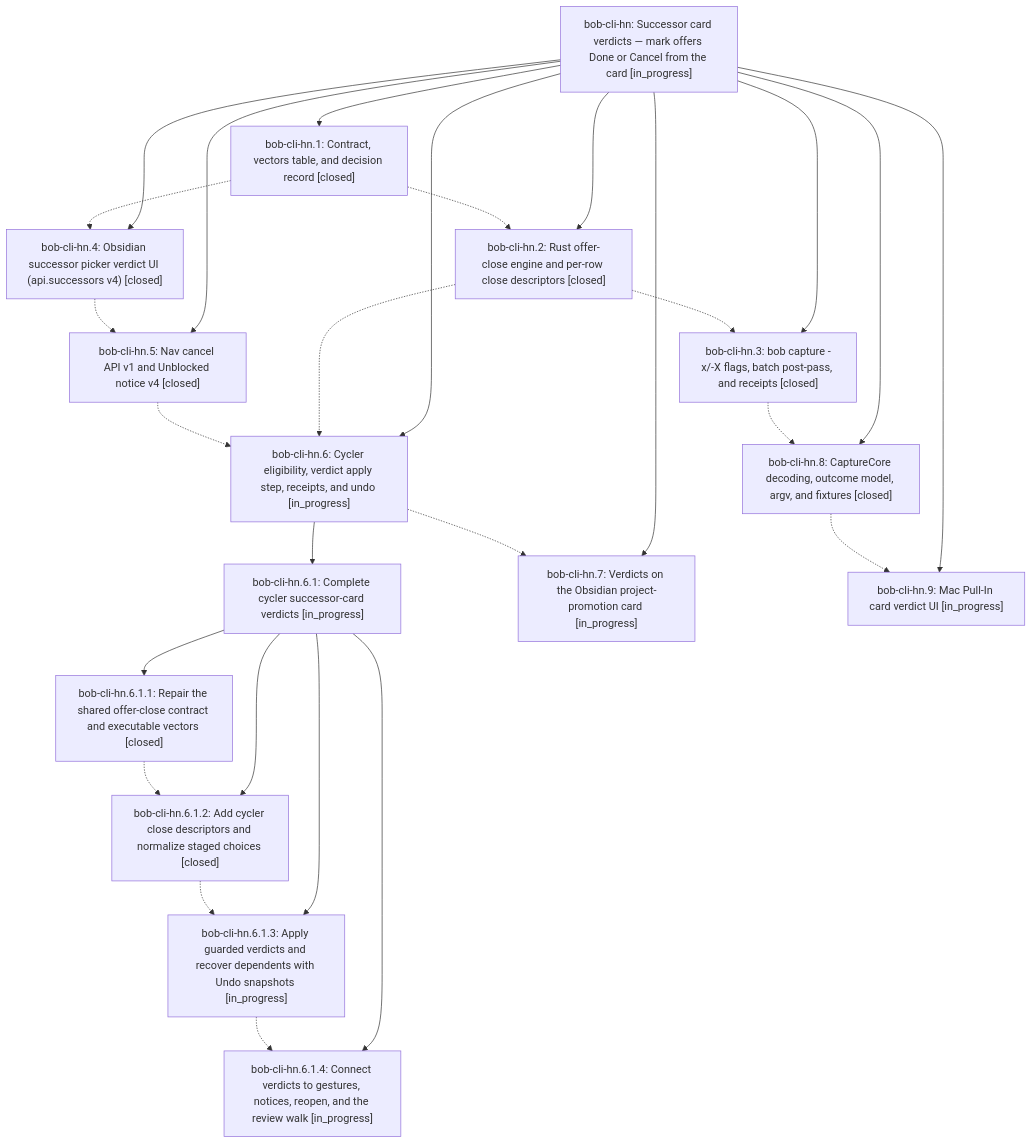
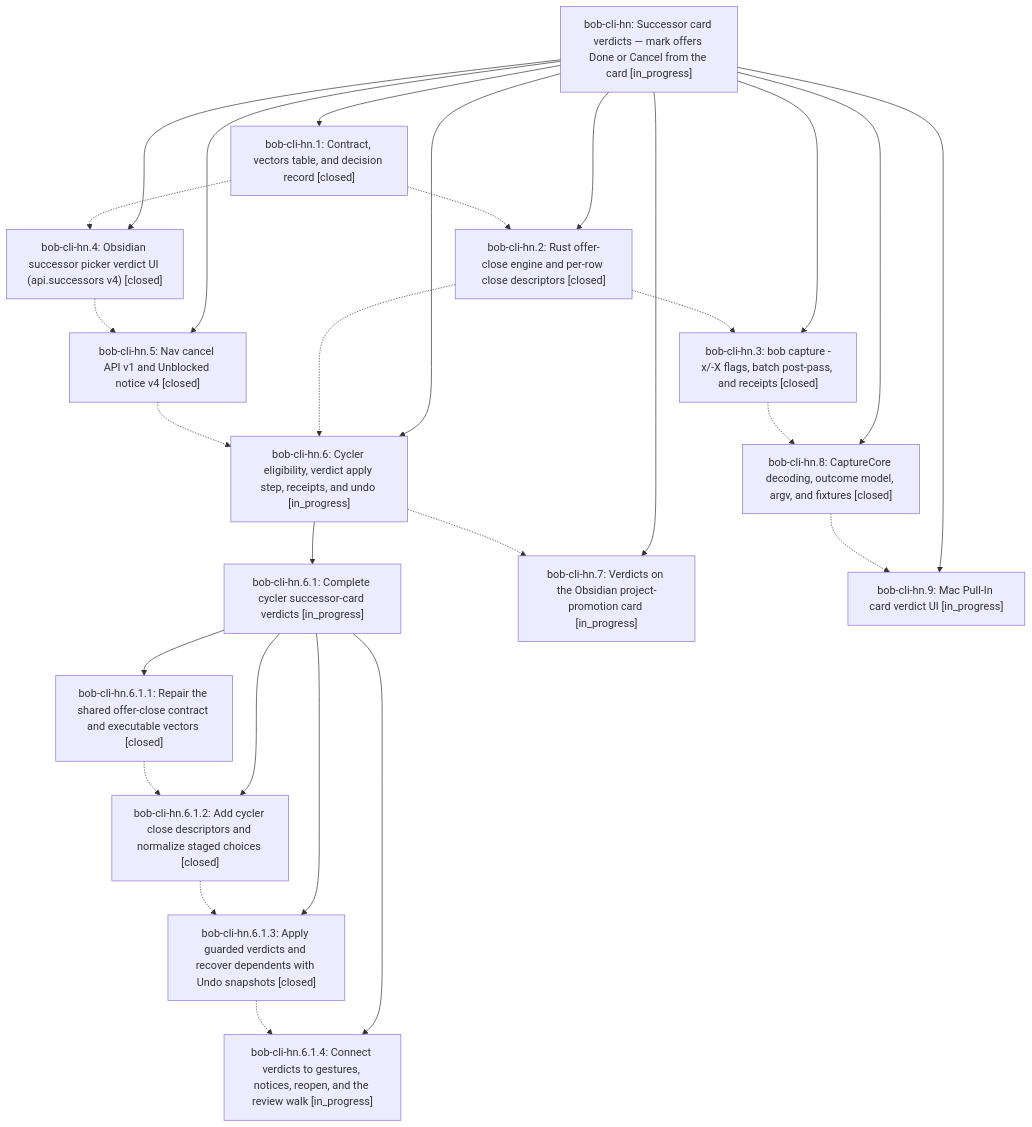
The diagram in pages/bob-cli-hn/README.md (bobs-org/bob-cli--beads), drawn with Mermaid before and after one commit. The commit also changed other lines of this file and 8 other files, not shown here.

First line of the commit message:
chore(beads): sync bead state and pages for bob-cli-hn

````diff
--- a/pages/bob-cli-hn/README.md
+++ b/pages/bob-cli-hn/README.md
@@ -44,44 +44,44 @@
 ```mermaid
 flowchart TD
     n0["bob-cli-hn: Successor card verdicts — mark offers Done or Cancel from the card [in_progress]"]
     n1["bob-cli-hn.1: Contract, vectors table, and decision record [closed]"]
     n2["bob-cli-hn.2: Rust offer-close engine and per-row close descriptors [closed]"]
     n3["bob-cli-hn.3: bob capture -x/-X flags, batch post-pass, and receipts [closed]"]
     n4["bob-cli-hn.4: Obsidian successor picker verdict UI (api.successors v4) [closed]"]
     n5["bob-cli-hn.5: Nav cancel API v1 and Unblocked notice v4 [closed]"]
     n6["bob-cli-hn.6: Cycler eligibility, verdict apply step, receipts, and undo [in_progress]"]
     n7["bob-cli-hn.6.1: Complete cycler successor-card verdicts [in_progress]"]
     n8["bob-cli-hn.6.1.1: Repair the shared offer-close contract and executable vectors [closed]"]
     n9["bob-cli-hn.6.1.2: Add cycler close descriptors and normalize staged choices [closed]"]
-    n10["bob-cli-hn.6.1.3: Apply guarded verdicts and recover dependents with Undo snapshots [in_progress]"]
+    n10["bob-cli-hn.6.1.3: Apply guarded verdicts and recover dependents with Undo snapshots [closed]"]
     n11["bob-cli-hn.6.1.4: Connect verdicts to gestures, notices, reopen, and the review walk [in_progress]"]
     n12["bob-cli-hn.7: Verdicts on the Obsidian project-promotion card [in_progress]"]
     n13["bob-cli-hn.8: CaptureCore decoding, outcome model, argv, and fixtures [closed]"]
     n14["bob-cli-hn.9: Mac Pull-In card verdict UI [in_progress]"]
     n0 --> n1
     n0 --> n2
     n0 --> n3
     n0 --> n4
     n0 --> n5
     n0 --> n6
     n6 --> n7
     n7 --> n8
     n7 --> n9
     n7 --> n10
     n7 --> n11
     n0 --> n12
     n0 --> n13
     n0 --> n14
     n1 -.-> n2
     n1 -.-> n4
     n2 -.-> n3
     n2 -.-> n6
     n3 -.-> n13
     n4 -.-> n5
     n5 -.-> n6
     n6 -.-> n12
     n8 -.-> n9
     n9 -.-> n10
     n10 -.-> n11
     n13 -.-> n14
 ```
````
